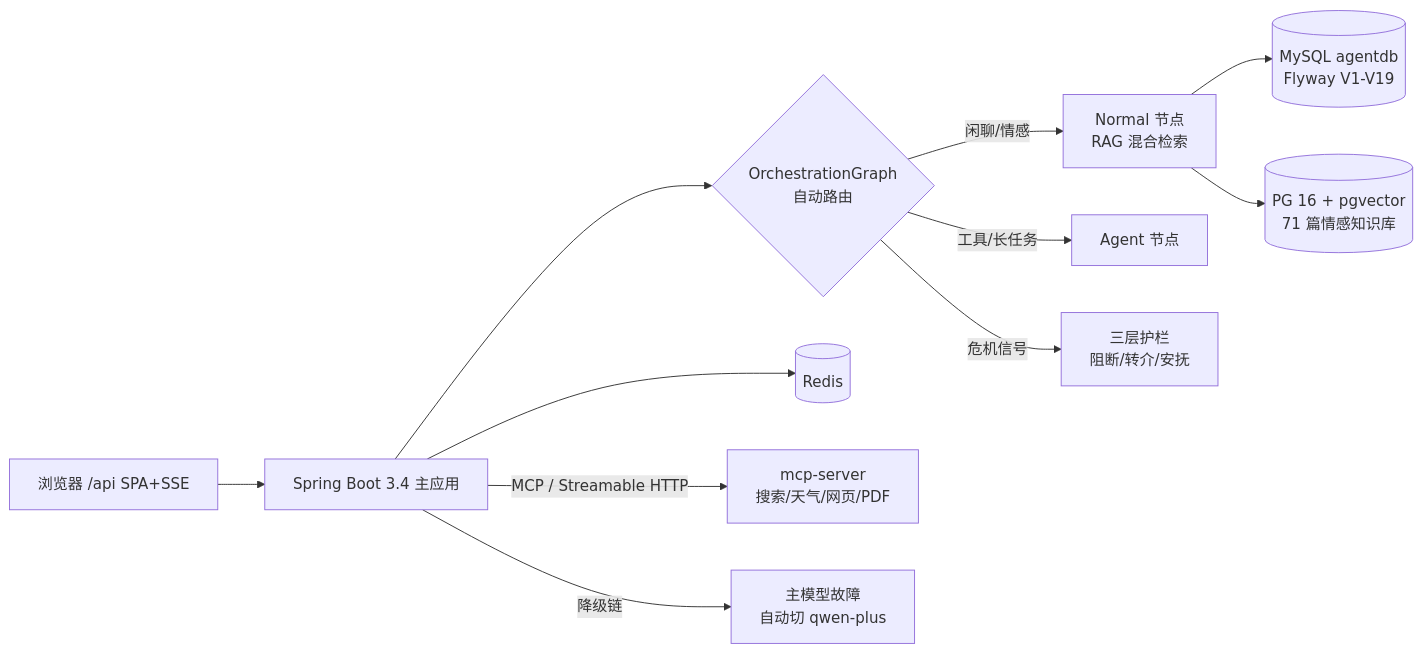
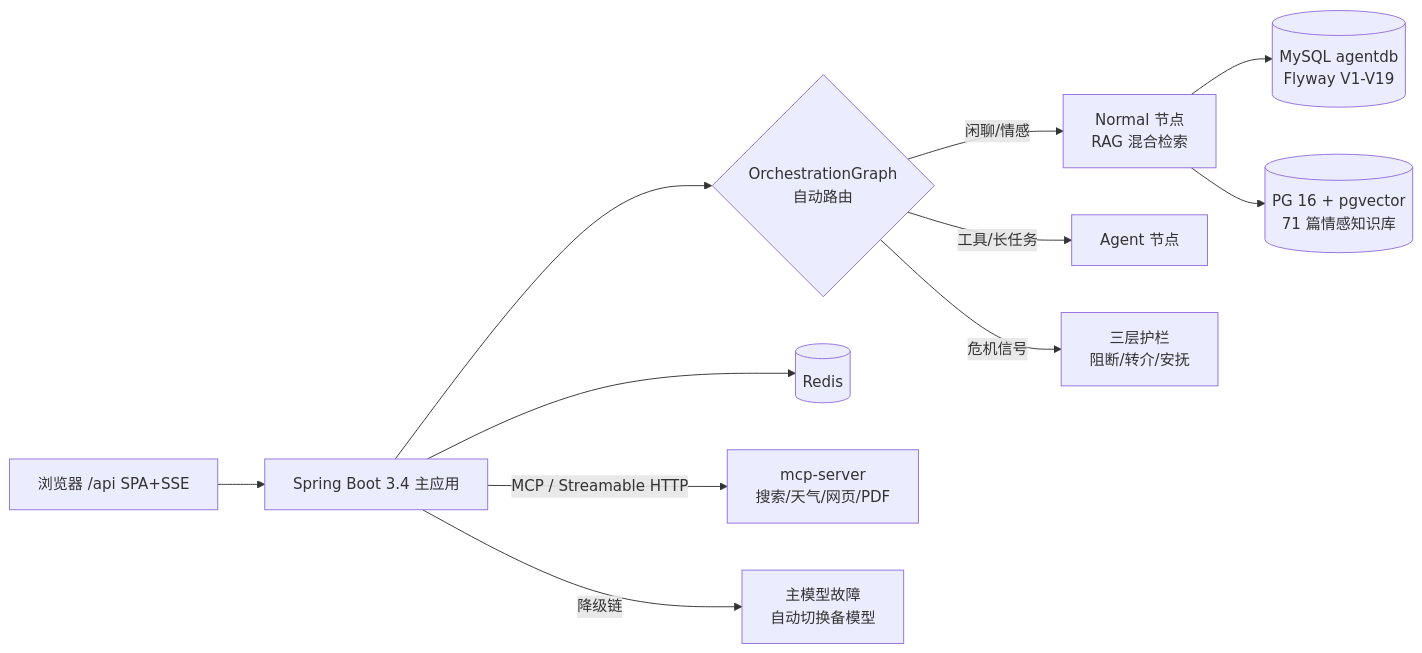
One commit to Mitsuki-lwx/LoveHelping-agent changed the diagram in README.md. Above: the diagram before and after it, drawn with Mermaid. The commit also changed other lines of this file and 4 other files, not shown here.

````diff
--- a/README.md
+++ b/README.md
@@ -120,13 +120,13 @@
 ```mermaid
 flowchart LR
   U[浏览器 /api SPA+SSE] --> A[Spring Boot 3.4 主应用]
   A --> C{OrchestrationGraph<br/>自动路由}
   C -->|闲聊/情感| N[Normal 节点<br/>RAG 混合检索]
   C -->|工具/长任务| T[Agent 节点]
   C -->|危机信号| G[三层护栏<br/>阻断/转介/安抚]
   N --> KB[(MySQL agentdb<br/>Flyway V1-V19)]
   N --> V[(PG 16 + pgvector<br/>71 篇情感知识库)]
   A --> R[(Redis)]
   A -->|MCP / Streamable HTTP| M[mcp-server<br/>搜索/天气/网页/PDF]
-  A -->|降级链| F[主模型故障<br/>自动切 qwen-plus]
+  A -->|降级链| F[主模型故障<br/>自动切换备模型]
 ```
````
